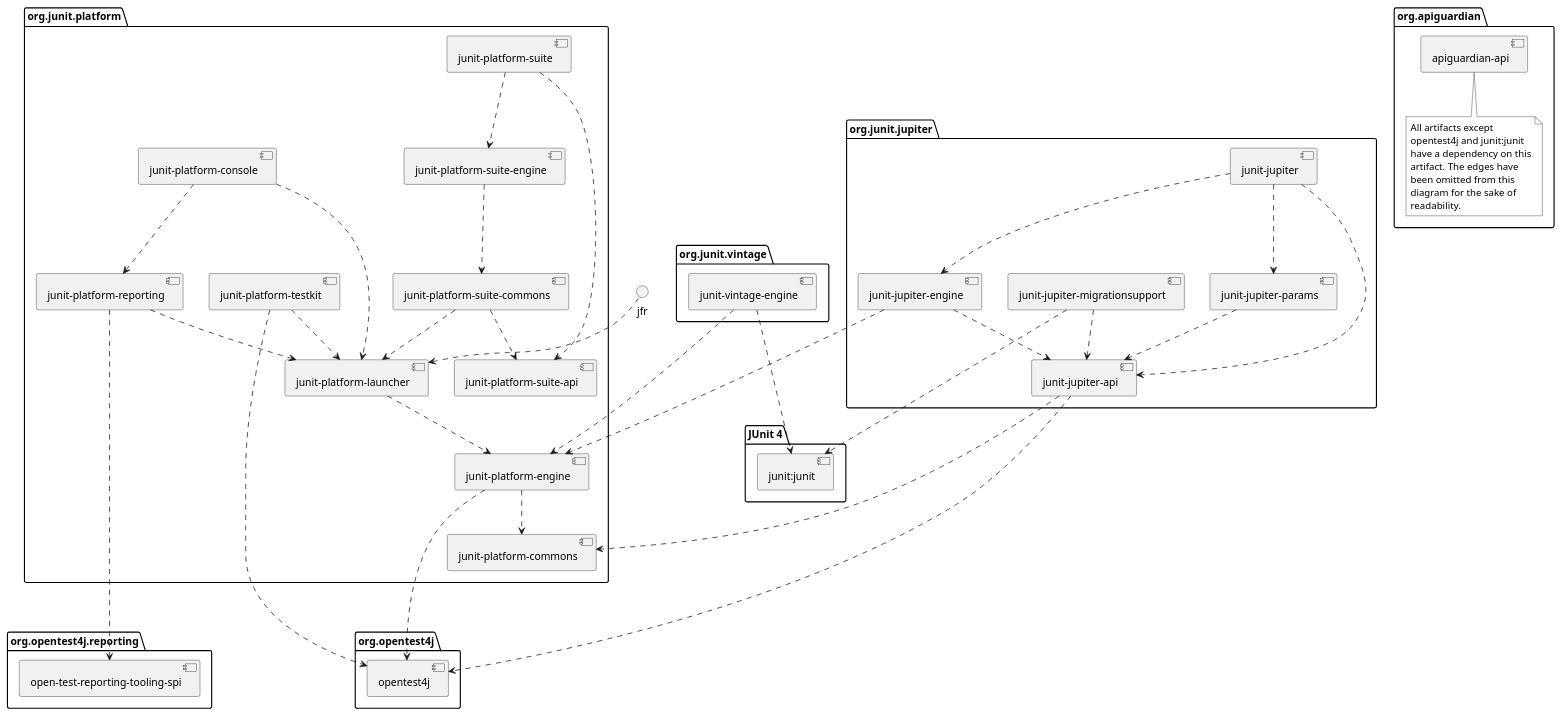
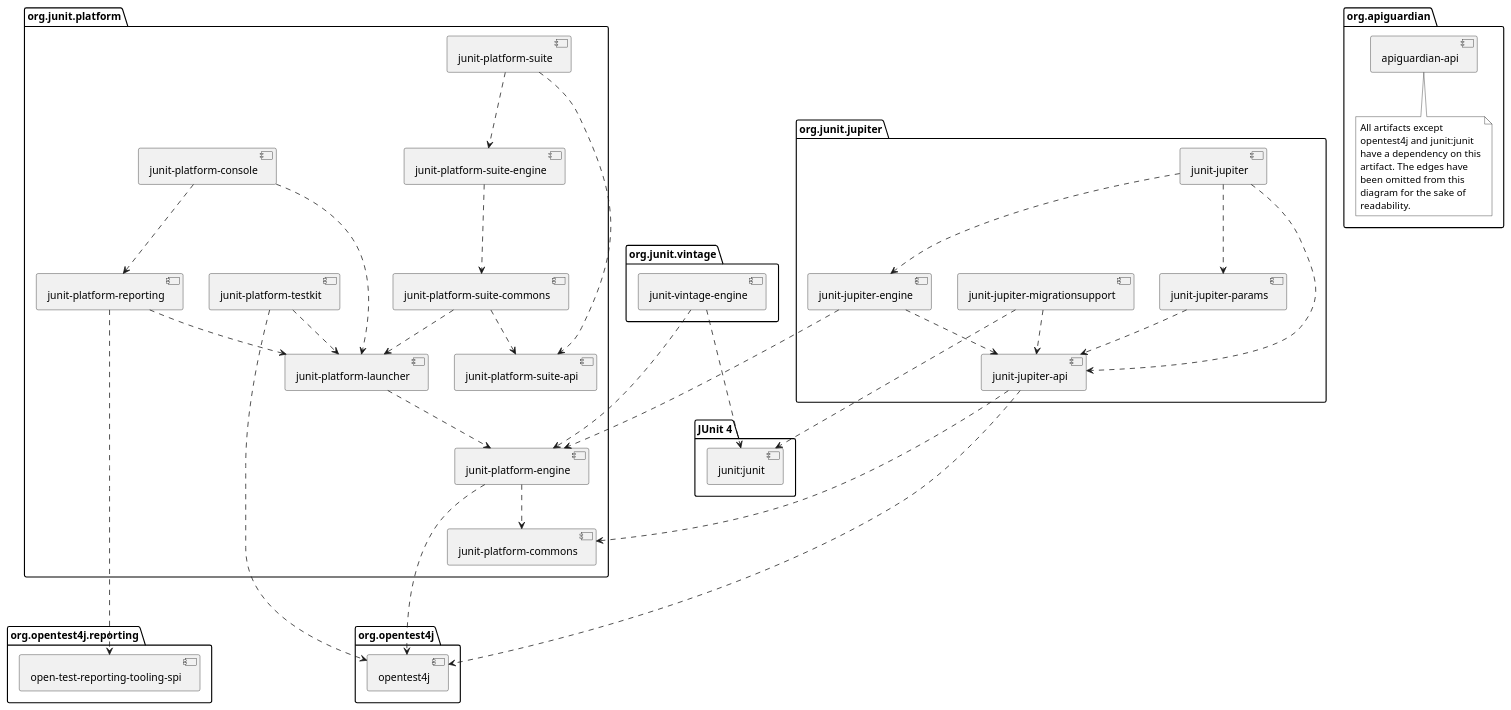
Before and after one commit to junit-team/junit5: the diagram in documentation/src/plantuml/component-diagram.puml, drawn with PlantUML.

Commit message:
Remove leftover "jfr" node from component diagram

```diff
--- a/documentation/src/plantuml/component-diagram.puml
+++ b/documentation/src/plantuml/component-diagram.puml
@@ -1,98 +1,96 @@
 @startuml
 
 skinparam {
     defaultFontName sans-serif
 }
 
 package org.junit.jupiter {
     [junit-jupiter] as jupiter
     [junit-jupiter-api] as jupiter_api
     [junit-jupiter-engine] as jupiter_engine
     [junit-jupiter-params] as jupiter_params
     [junit-jupiter-migrationsupport] as jupiter_migration_support
 }
 
 package org.junit.vintage {
     [junit-vintage-engine] as vintage_engine
 }
 
 package org.junit.platform {
     [junit-platform-commons] as commons
     [junit-platform-console] as console
     [junit-platform-engine] as engine
     [junit-platform-launcher] as launcher
     [junit-platform-reporting] as reporting
     [junit-platform-suite] as suite
     [junit-platform-suite-api] as suite_api
     [junit-platform-suite-commons] as suite_commons
     [junit-platform-suite-engine] as suite_engine
     [junit-platform-testkit] as testkit
 }
 
 package "JUnit 4" {
     [junit:junit] as junit4
 }
 
 package org.opentest4j {
     [opentest4j]
 }
 
 package org.opentest4j.reporting {
     [open-test-reporting-tooling-spi] as otr_tooling_spi
 }
 
 package org.apiguardian {
     [apiguardian-api] as apiguardian
     note bottom of apiguardian #white
         All artifacts except
         opentest4j and junit:junit
         have a dependency on this
         artifact. The edges have
         been omitted from this
         diagram for the sake of
         readability.
     endnote
 }
 
 jupiter ..> jupiter_api
 jupiter ..> jupiter_params
 jupiter ..> jupiter_engine
 
 jupiter_api ....> opentest4j
 jupiter_api ...> commons
 
 jupiter_engine ...> engine
 jupiter_engine ..> jupiter_api
 
 jupiter_params ..> jupiter_api
 jupiter_migration_support ..> jupiter_api
 jupiter_migration_support ...> junit4
 
 console ..> launcher
 console ..> reporting
 
 launcher ..> engine
 
-jfr ..> launcher
-
 engine ....> opentest4j
 engine ..> commons
 
 reporting ..> launcher
 reporting ......> otr_tooling_spi
 
 suite ..> suite_api
 suite ..> suite_engine
 
 suite_engine ..> suite_commons
 
 suite_commons ..> launcher
 suite_commons ..> suite_api
 
 testkit ....> opentest4j
 testkit ..> launcher
 
 vintage_engine ...> engine
 vintage_engine ..> junit4
 
 @enduml
```
